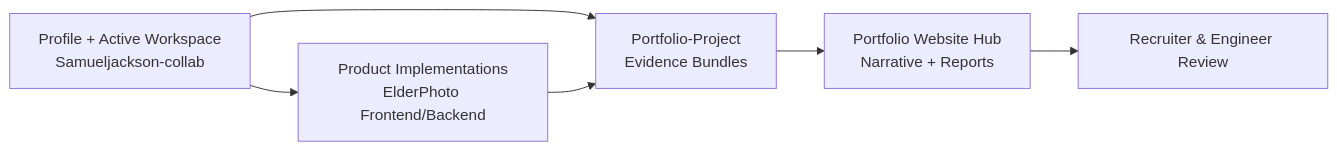
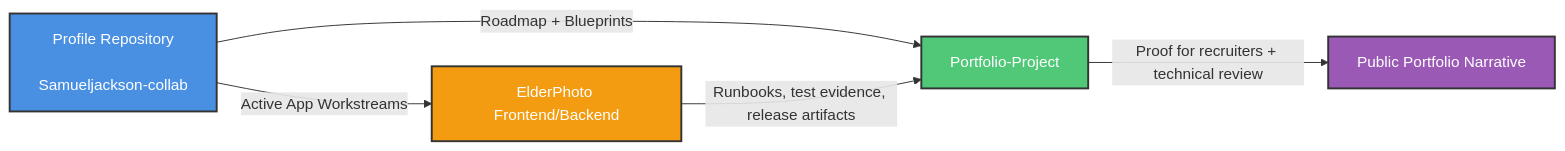
One commit to samueljackson-collab/Samueljackson-collab changed the first of 30 diagrams in README.md. Above: the diagram before and after it, drawn with Mermaid. The commit also changed other lines of this file, not shown here.

````diff
--- a/README.md
+++ b/README.md
@@ -76,12 +42,13 @@
 ```mermaid
 flowchart LR
-  A[Profile + Active Workspace
-Samueljackson-collab] --> B[Portfolio-Project
-Evidence Bundles]
-  A --> C[Product Implementations
-ElderPhoto Frontend/Backend]
-  C --> B
-  B --> D[Portfolio Website Hub
-Narrative + Reports]
-  D --> E[Recruiter & Engineer Review]
+  A[Profile Repository<br/>
+Samueljackson-collab] -->|Roadmap + Blueprints| B[Portfolio-Project]
+  A -->|Active App Workstreams| C[ElderPhoto Frontend/Backend]
+  C -->|Runbooks, test evidence, release artifacts| B
+  B -->|Proof for recruiters + technical review| D[Public Portfolio Narrative]
+
+  style A fill:#4a90e2,stroke:#333,stroke-width:2px,color:#fff
+  style B fill:#50C878,stroke:#333,stroke-width:2px,color:#fff
+  style C fill:#f39c12,stroke:#333,stroke-width:2px,color:#fff
+  style D fill:#9b59b6,stroke:#333,stroke-width:2px,color:#fff
 ```
````
